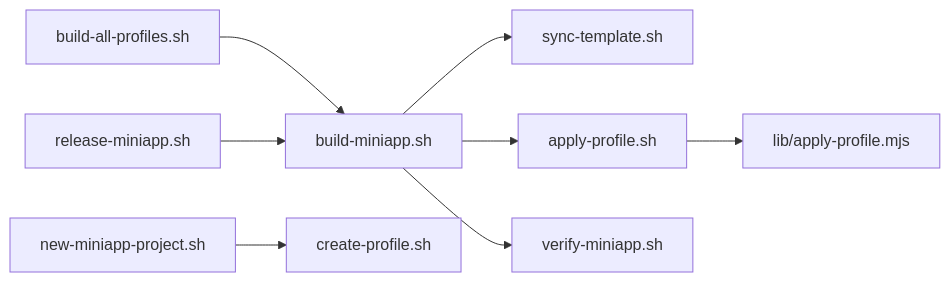
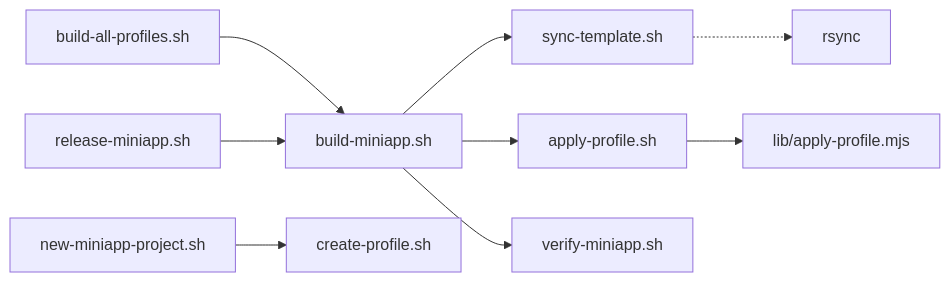
The third of 3 diagrams in .qoder/repowiki/zh/content/构建与部署/脚本使用手册.md (crazyma99/blueberry), drawn with Mermaid before and after one commit. The commit also changed other lines of this file and 13 other files, not shown here.

````diff
--- a/.qoder/repowiki/zh/content/构建与部署/脚本使用手册.md
+++ b/.qoder/repowiki/zh/content/构建与部署/脚本使用手册.md
@@ -340,10 +357,11 @@
 ```mermaid
 graph LR
 BA["build-all-profiles.sh"] --> BM["build-miniapp.sh"]
 BM --> ST["sync-template.sh"]
 BM --> AP["apply-profile.sh"]
 AP --> MJ["lib/apply-profile.mjs"]
 BM --> VF["verify-miniapp.sh"]
 NP["new-miniapp-project.sh"] --> CP["create-profile.sh"]
 RL["release-miniapp.sh"] --> BM
+ST -.-> RS["rsync"]
 ```
````
